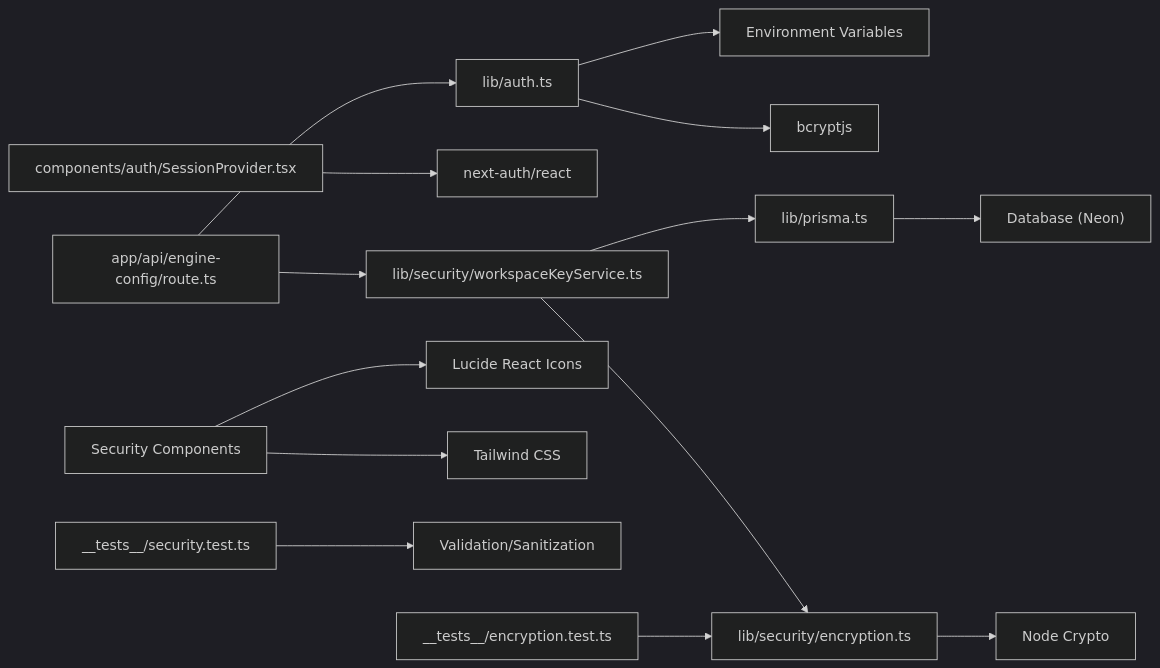
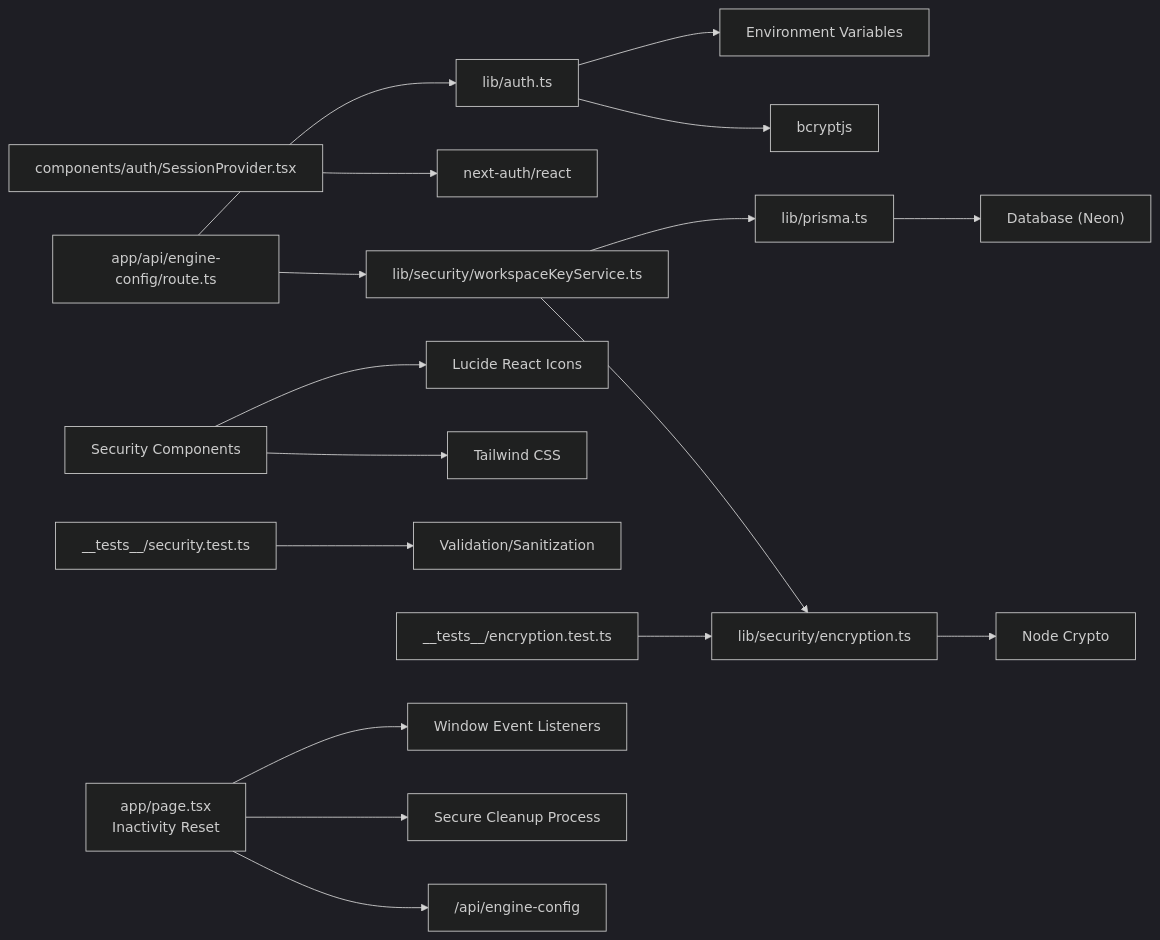
Diagram 13 of 13 in .qoder/repowiki/en/content/Security & Privacy/Security & Privacy.md (shekhargiri005-dotcom/AI-powered-accessibility-first-UI-engine), drawn with Mermaid (dark theme) before and after one commit. The commit also changed other lines of this file and 17 other files, not shown here.

````diff
--- a/.qoder/repowiki/en/content/Security & Privacy/Security & Privacy.md
+++ b/.qoder/repowiki/en/content/Security & Privacy/Security & Privacy.md
@@ -456,16 +557,19 @@
 ```mermaid
 graph LR
 AUTH["lib/auth.ts"] --> ENV["Environment Variables"]
 AUTH --> BC["bcryptjs"]
 SESSION["components/auth/SessionProvider.tsx"] --> NEXTAUTH["next-auth/react"]
 PRISMA["lib/prisma.ts"] --> DB["Database (Neon)"]
 ENCRYPTION["lib/security/encryption.ts"] --> CRYPTO["Node Crypto"]
 WORKSPACE["lib/security/workspaceKeyService.ts"] --> PRISMA
 WORKSPACE --> ENCRYPTION
 ENGINE["app/api/engine-config/route.ts"] --> WORKSPACE
 ENGINE --> AUTH
 SEC_INDICATORS["Security Components"] --> ICONS["Lucide React Icons"]
 SEC_INDICATORS --> TAILWIND["Tailwind CSS"]
 SEC_TEST["__tests__/security.test.ts"] --> VALID["Validation/Sanitization"]
 ENC_TEST["__tests__/encryption.test.ts"] --> ENCRYPTION
+INACTIVITY["app/page.tsx<br/>Inactivity Reset"] --> EVENTS["Window Event Listeners"]
+INACTIVITY --> CLEANUP["Secure Cleanup Process"]
+INACTIVITY --> API["/api/engine-config"]
 ```
````
